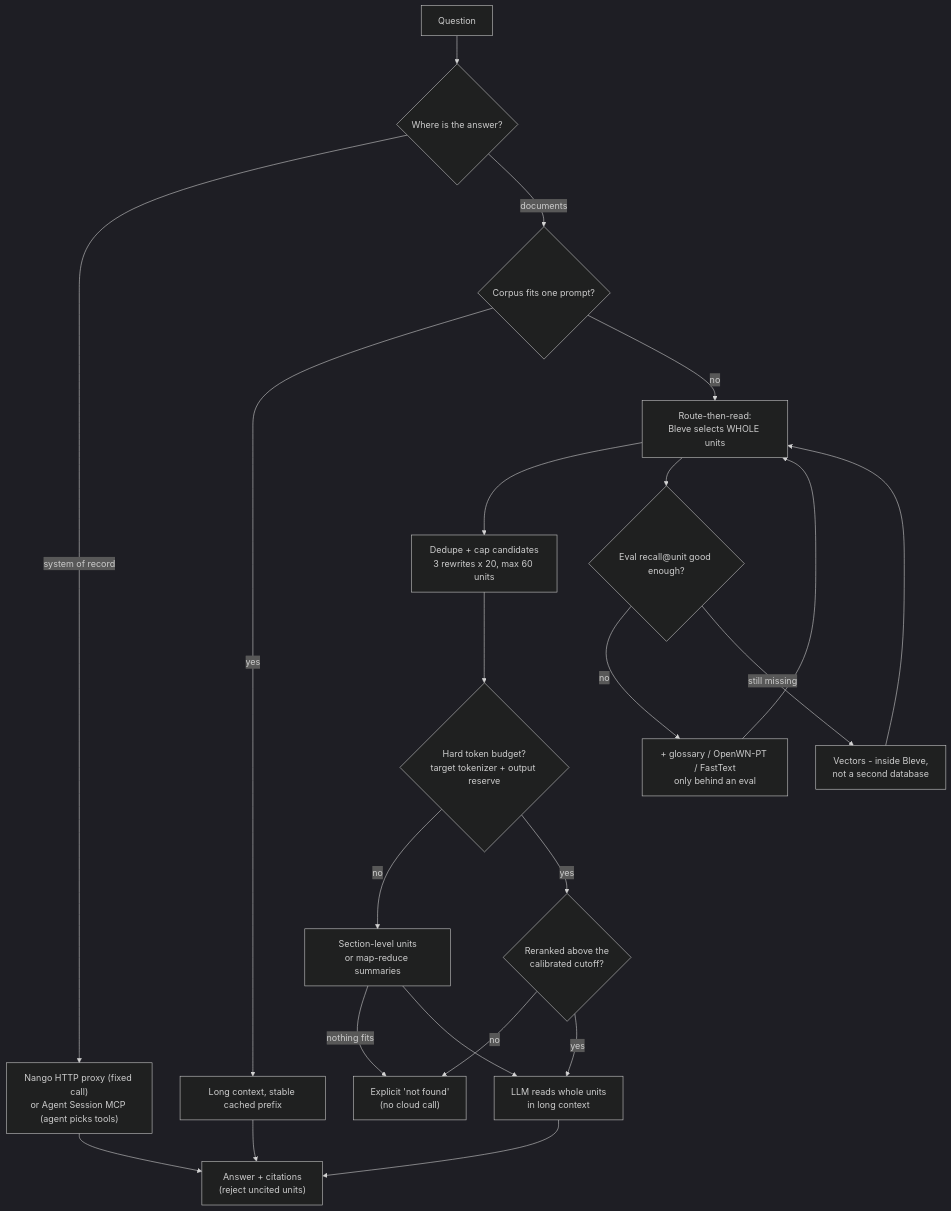
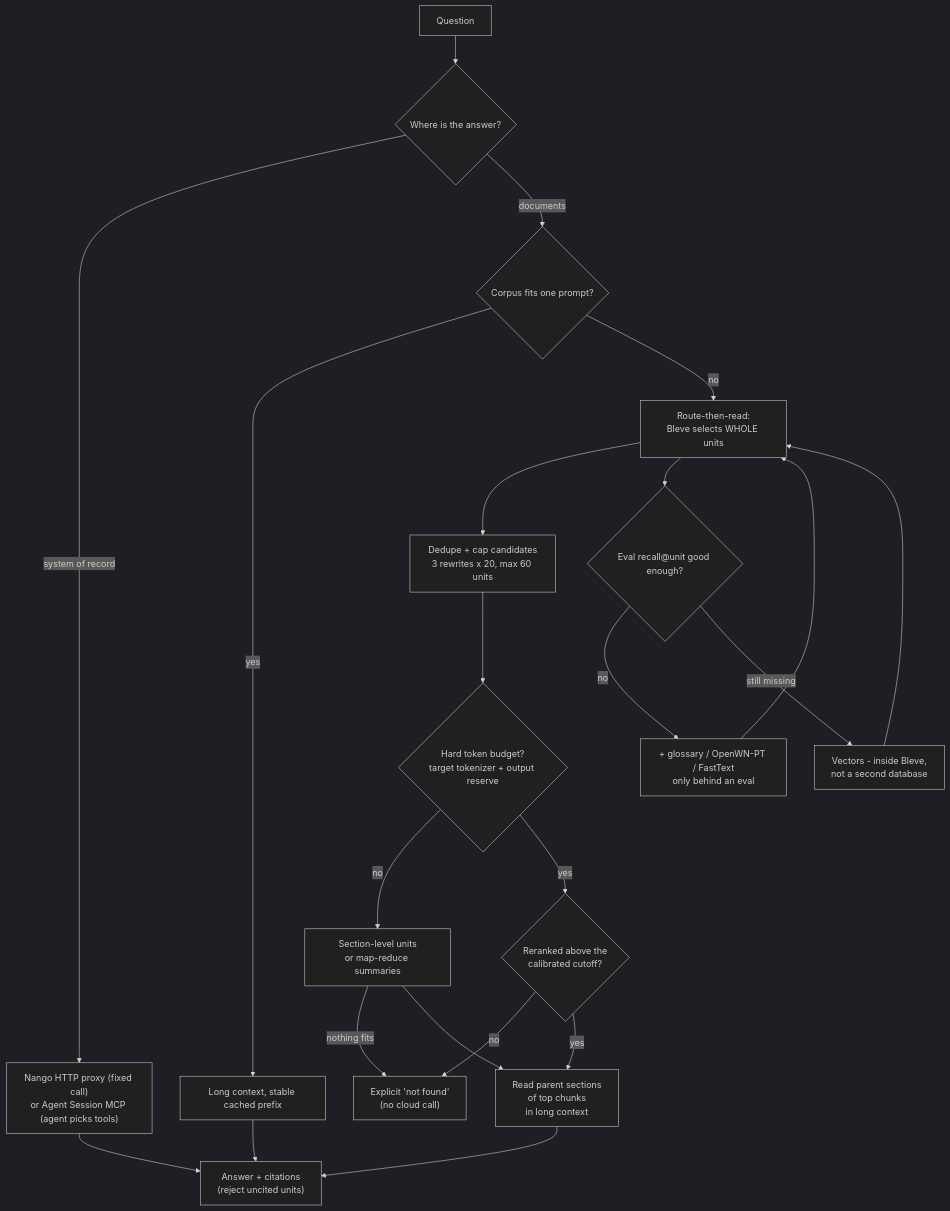
One commit to calionauta/turvez changed the seventh of 8 diagrams in docs/workflows.md. Above: the diagram before and after it, drawn with Mermaid (dark theme). The commit also changed other lines of this file and 11 other files, not shown here.

Commit message:
docs(skill/retrieval): sync turvez docs, skill, scripts and diagrams

````diff
--- a/docs/workflows.md
+++ b/docs/workflows.md
@@ -148,24 +148,24 @@
 ```mermaid
 flowchart TD
     Q["Question"] --> S{"Where is the answer?"}
     S -->|"system of record"| P["Nango HTTP proxy (fixed call)<br/>or Agent Session MCP (agent picks tools)"]
     S -->|"documents"| L{"Corpus fits one prompt?"}
     L -->|"yes"| LC["Long context, stable cached prefix"]
     L -->|"no"| RT["Route-then-read:<br/>Bleve selects WHOLE units"]
     RT --> CAP["Dedupe + cap candidates<br/>3 rewrites x 20, max 60 units"]
     CAP --> BUD{"Hard token budget?<br/>target tokenizer + output reserve"}
     BUD -->|"no"| SEC["Section-level units<br/>or map-reduce summaries"]
     SEC -->|"nothing fits"| REF["Explicit 'not found'<br/>(no cloud call)"]
     BUD -->|"yes"| REL{"Reranked above the<br/>calibrated cutoff?"}
     REL -->|"no"| REF
-    REL -->|"yes"| READ["LLM reads whole units<br/>in long context"]
+    REL -->|"yes"| READ["Read parent sections<br/>of top chunks<br/>in long context"]
     SEC --> READ
     RT --> EV{"Eval recall@unit good enough?"}
     EV -->|"no"| WN["+ glossary / OpenWN-PT / FastText<br/>only behind an eval"]
     WN --> RT
     EV -->|"still missing"| VEC["Vectors - inside Bleve,<br/>not a second database"]
     VEC --> RT
     READ --> ANS["Answer + citations<br/>(reject uncited units)"]
     LC --> ANS
     P --> ANS
 ```
````
